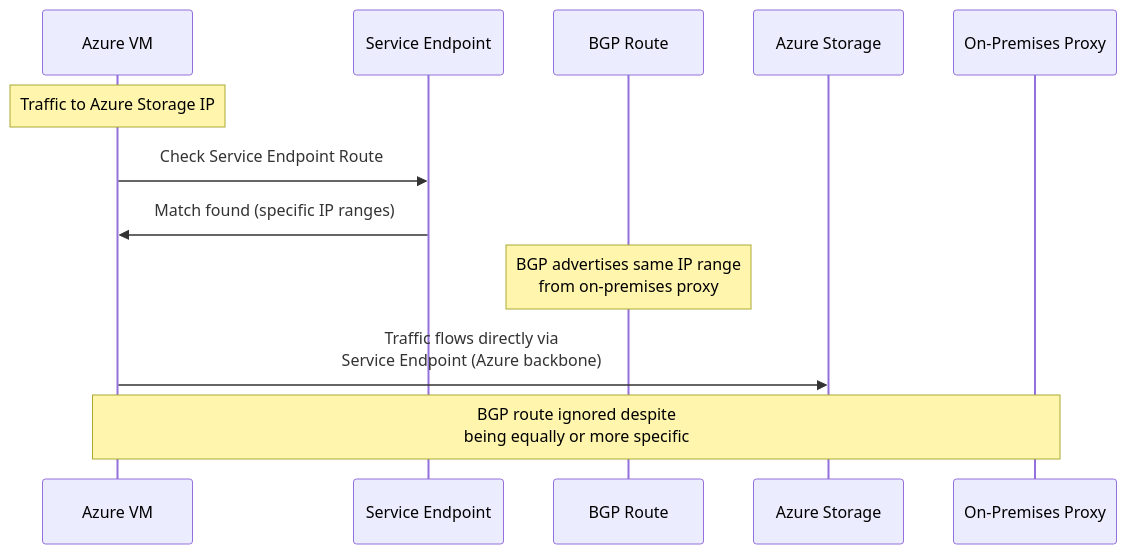
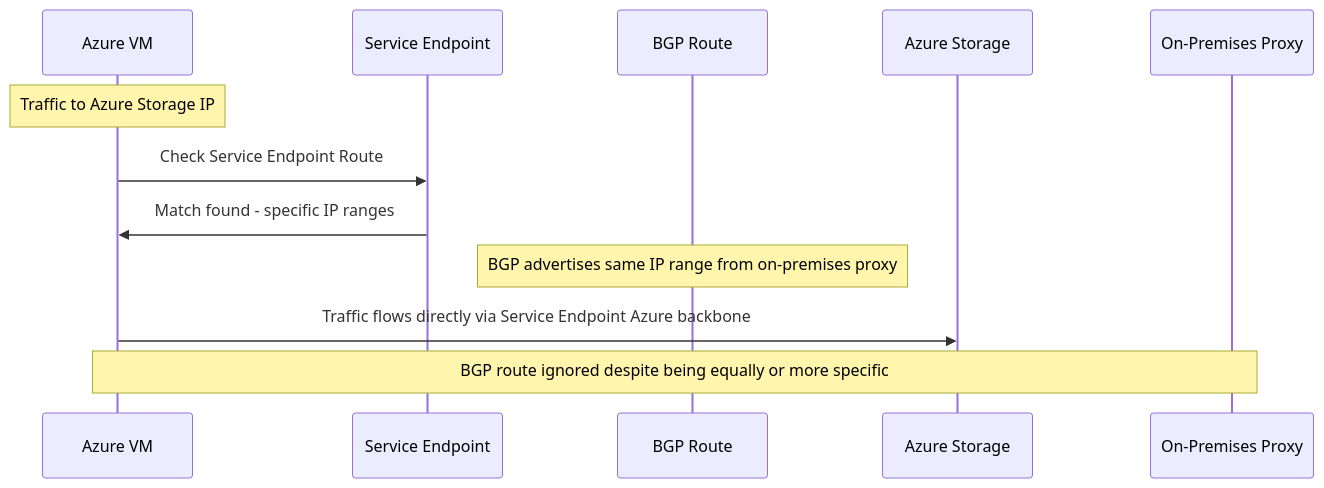
One commit to samirgonz/cloudarchitect-blog changed the third of 13 diagrams in content/posts/azure-routing-rules-hybrid/index.md. Above: the diagram before and after it, drawn with Mermaid. The commit also changed other lines of this file, not shown here.

Commit message:
Fixing mermaid issue

````diff
--- a/content/posts/azure-routing-rules-hybrid/index.md
+++ b/content/posts/azure-routing-rules-hybrid/index.md
@@ -84,18 +87,18 @@
 ```mermaid
 sequenceDiagram
     participant VM as Azure VM
     participant SE as Service Endpoint
     participant BGP as BGP Route
     participant Storage as Azure Storage
     participant OnPrem as On-Premises Proxy
     
     Note over VM: Traffic to Azure Storage IP
     VM->>SE: Check Service Endpoint Route
-    SE->>VM: Match found (specific IP ranges)
+    SE->>VM: Match found - specific IP ranges
     
-    Note over BGP: BGP advertises same IP range<br/>from on-premises proxy
+    Note over BGP: BGP advertises same IP range from on-premises proxy
     
-    VM->>Storage: Traffic flows directly via<br/>Service Endpoint (Azure backbone)
+    VM->>Storage: Traffic flows directly via Service Endpoint Azure backbone
     
-    Note over VM,OnPrem: BGP route ignored despite<br/>being equally or more specific
+    Note over VM,OnPrem: BGP route ignored despite being equally or more specific
 ```
````
